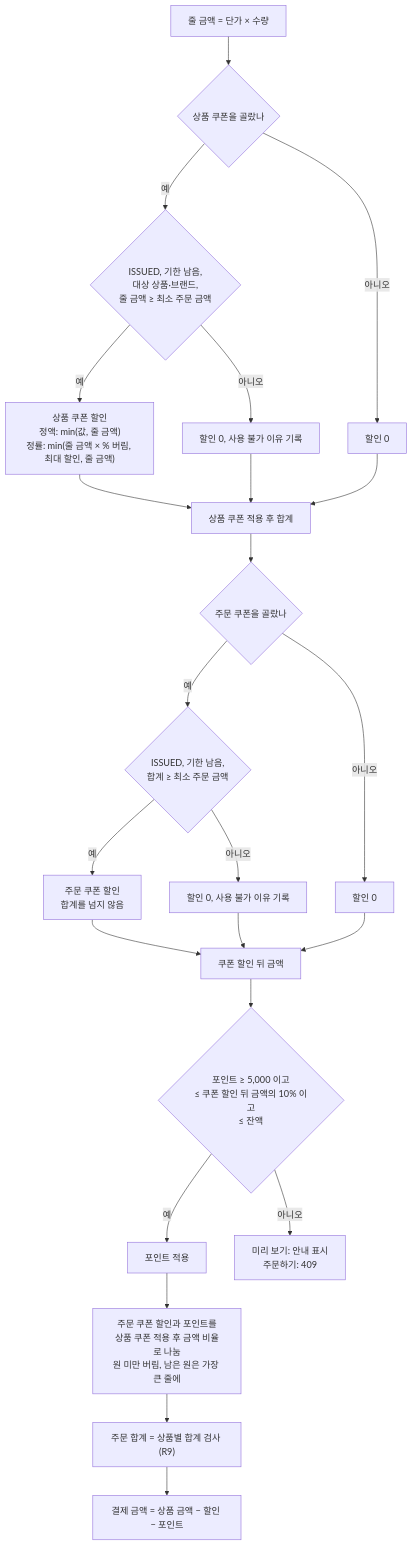
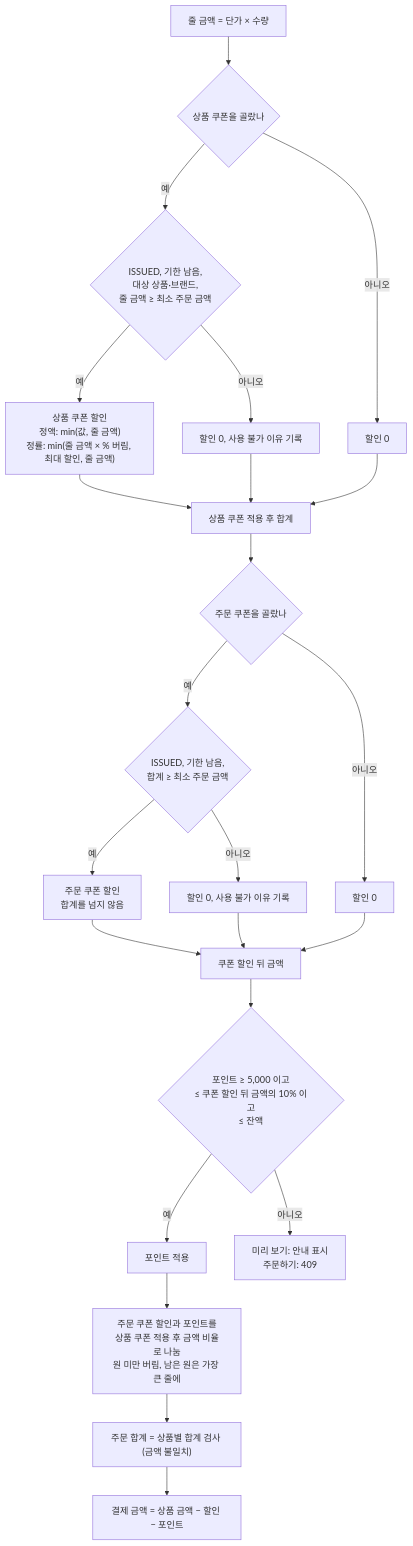
Before and after one commit to KAPUIST/flash-gate: the second of 9 diagrams in docs/features/order/flows.md, drawn with Mermaid. The commit also changed other lines of this file and 33 other files, not shown here.

````diff
--- a/docs/features/order/flows.md
+++ b/docs/features/order/flows.md
@@ -47,25 +47,25 @@
 ```mermaid
 flowchart TD
     start["줄 금액 = 단가 × 수량"] --> pc{"상품 쿠폰을 골랐나"}
     pc -- "예" --> pcOk{"ISSUED, 기한 남음,<br/>대상 상품·브랜드,<br/>줄 금액 ≥ 최소 주문 금액"}
     pcOk -- "예" --> pcApply["상품 쿠폰 할인<br/>정액: min(값, 줄 금액)<br/>정률: min(줄 금액 × % 버림, 최대 할인, 줄 금액)"]
     pcOk -- "아니오" --> pcSkip["할인 0, 사용 불가 이유 기록"]
     pc -- "아니오" --> pcSkip0["할인 0"]
     pcApply --> sum1["상품 쿠폰 적용 후 합계"]
     pcSkip --> sum1
     pcSkip0 --> sum1
     sum1 --> oc{"주문 쿠폰을 골랐나"}
     oc -- "예" --> ocOk{"ISSUED, 기한 남음,<br/>합계 ≥ 최소 주문 금액"}
     ocOk -- "예" --> ocApply["주문 쿠폰 할인<br/>합계를 넘지 않음"]
     ocOk -- "아니오" --> ocSkip["할인 0, 사용 불가 이유 기록"]
     oc -- "아니오" --> ocSkip0["할인 0"]
     ocApply --> after["쿠폰 할인 뒤 금액"]
     ocSkip --> after
     ocSkip0 --> after
     after --> pt{"포인트 ≥ 5,000 이고<br/>≤ 쿠폰 할인 뒤 금액의 10% 이고<br/>≤ 잔액"}
     pt -- "예" --> ptApply["포인트 적용"]
     pt -- "아니오" --> ptReject["미리 보기: 안내 표시<br/>주문하기: 409"]
     ptApply --> split["주문 쿠폰 할인과 포인트를<br/>상품 쿠폰 적용 후 금액 비율로 나눔<br/>원 미만 버림, 남은 원은 가장 큰 줄에"]
-    split --> check["주문 합계 = 상품별 합계 검사 (R9)"]
+    split --> check["주문 합계 = 상품별 합계 검사 (금액 불일치)"]
     check --> pay["결제 금액 = 상품 금액 − 할인 − 포인트"]
 ```
````
